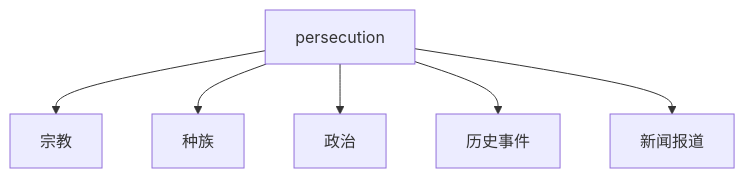
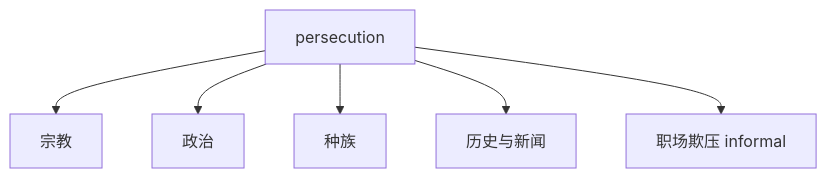
One commit to seki999/DialogueFlow changed the third of 5 diagrams in slides_backup/托业单词/20260630/03.md. Above: the diagram before and after it, drawn with Mermaid. The commit also changed other lines of this file and 28 other files, not shown here.

````diff
--- a/slides_backup/托业单词/20260630/03.md
+++ b/slides_backup/托业单词/20260630/03.md
@@ -51,8 +55,8 @@
 ```mermaid
 flowchart TD
     A[persecution] --> B[宗教]
-    A --> C[种族]
-    A --> D[政治]
-    A --> E[历史事件]
-    A --> F[新闻报道]
+    A --> C[政治]
+    A --> D[种族]
+    A --> E[历史与新闻]
+    A --> F[职场欺压 informal]
 ```
````
